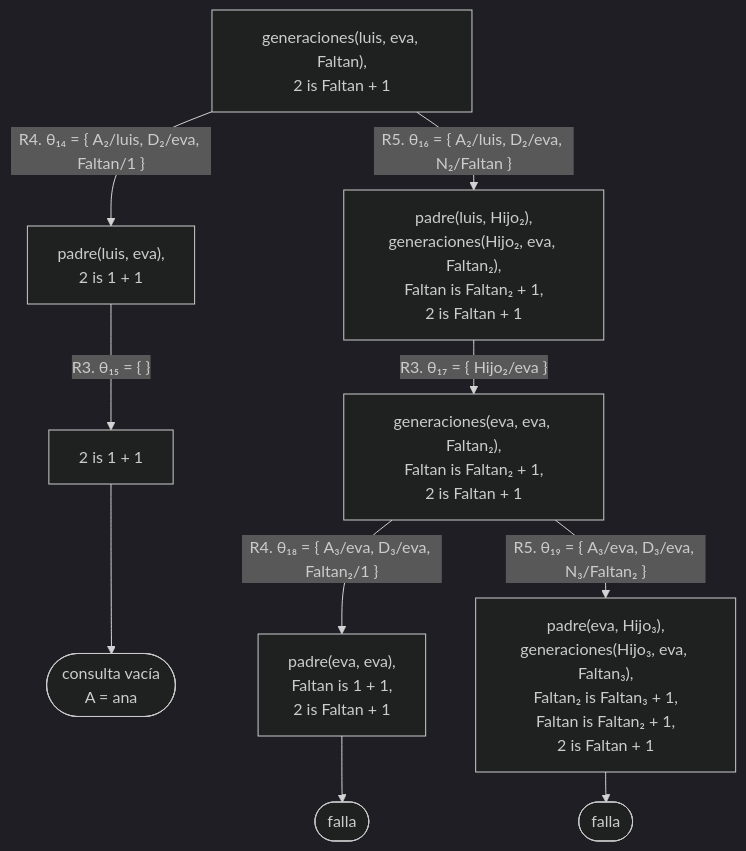
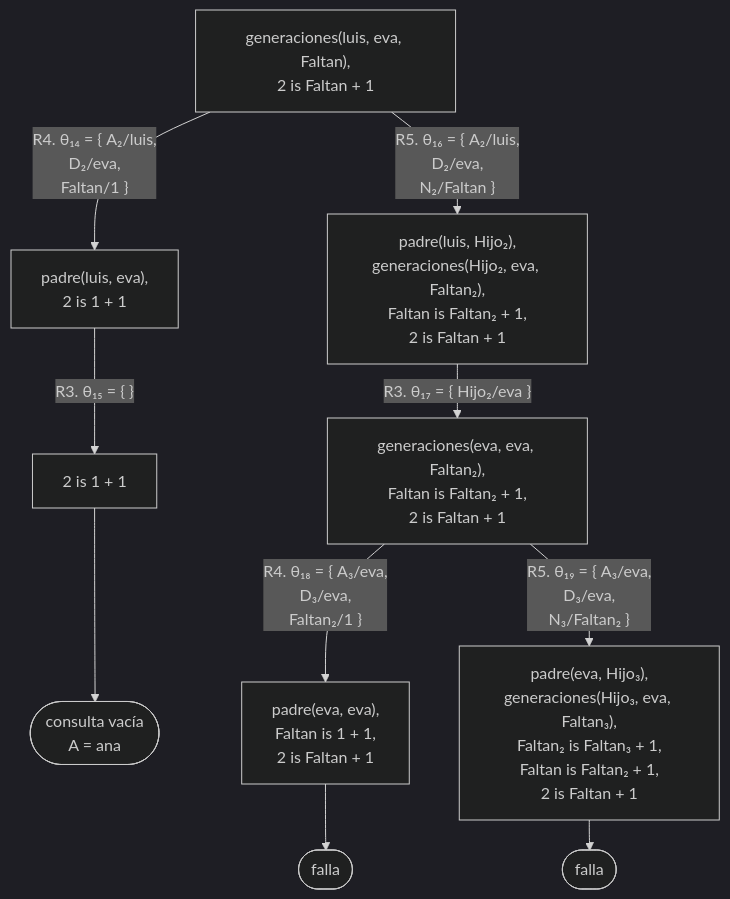
One commit to CesarBallardini/curso-de-prolog changed the second of 7 diagrams in docs/capitulo-06-recursion/soluciones.md. Above: the diagram before and after it, drawn with Mermaid (dark theme). The commit also changed other lines of this file and 24 other files, not shown here.

First line of the commit message:
feat(docs): botones para ocultar las columnas laterales y etiquetas cortas en los diagramas

````diff
--- a/docs/capitulo-06-recursion/soluciones.md
+++ b/docs/capitulo-06-recursion/soluciones.md
@@ -148,14 +148,14 @@
 ```mermaid
 %%{init: {"flowchart": {"rankSpacing": 30}}}%%
 flowchart TD
     D["generaciones(luis, eva, Faltan),<br/>2 is Faltan + 1"]
-    D -- "R4. θ₁₄ = {&nbsp;A₂/luis, D₂/eva, Faltan/1&nbsp;}" --> F["padre(luis, eva),<br/>2 is 1 + 1"]
+    D -- "R4. θ₁₄ = {&nbsp;A₂/luis,<br/>D₂/eva,<br/>Faltan/1&nbsp;}" --> F["padre(luis, eva),<br/>2 is 1 + 1"]
     F -- "R3. θ₁₅ = {&nbsp;}" --> G["2 is 1 + 1"]
     G --> S(["consulta vacía<br/>A = ana"])
-    D -- "R5. θ₁₆ = {&nbsp;A₂/luis, D₂/eva, N₂/Faltan&nbsp;}" --> H["padre(luis, Hijo₂),<br/>generaciones(Hijo₂, eva, Faltan₂),<br/>Faltan is Faltan₂ + 1,<br/>2 is Faltan + 1"]
+    D -- "R5. θ₁₆ = {&nbsp;A₂/luis,<br/>D₂/eva,<br/>N₂/Faltan&nbsp;}" --> H["padre(luis, Hijo₂),<br/>generaciones(Hijo₂, eva, Faltan₂),<br/>Faltan is Faltan₂ + 1,<br/>2 is Faltan + 1"]
     H -- "R3. θ₁₇ = {&nbsp;Hijo₂/eva&nbsp;}" --> I["generaciones(eva, eva, Faltan₂),<br/>Faltan is Faltan₂ + 1,<br/>2 is Faltan + 1"]
-    I -- "R4. θ₁₈ = {&nbsp;A₃/eva, D₃/eva, Faltan₂/1&nbsp;}" --> J["padre(eva, eva),<br/>Faltan is 1 + 1,<br/>2 is Faltan + 1"]
+    I -- "R4. θ₁₈ = {&nbsp;A₃/eva,<br/>D₃/eva,<br/>Faltan₂/1&nbsp;}" --> J["padre(eva, eva),<br/>Faltan is 1 + 1,<br/>2 is Faltan + 1"]
     J --> F1(["falla"])
-    I -- "R5. θ₁₉ = {&nbsp;A₃/eva, D₃/eva, N₃/Faltan₂&nbsp;}" --> K["padre(eva, Hijo₃),<br/>generaciones(Hijo₃, eva, Faltan₃),<br/>Faltan₂ is Faltan₃ + 1,<br/>Faltan is Faltan₂ + 1,<br/>2 is Faltan + 1"]
+    I -- "R5. θ₁₉ = {&nbsp;A₃/eva,<br/>D₃/eva,<br/>N₃/Faltan₂&nbsp;}" --> K["padre(eva, Hijo₃),<br/>generaciones(Hijo₃, eva, Faltan₃),<br/>Faltan₂ is Faltan₃ + 1,<br/>Faltan is Faltan₂ + 1,<br/>2 is Faltan + 1"]
     K --> F2(["falla"])
 ```
````
